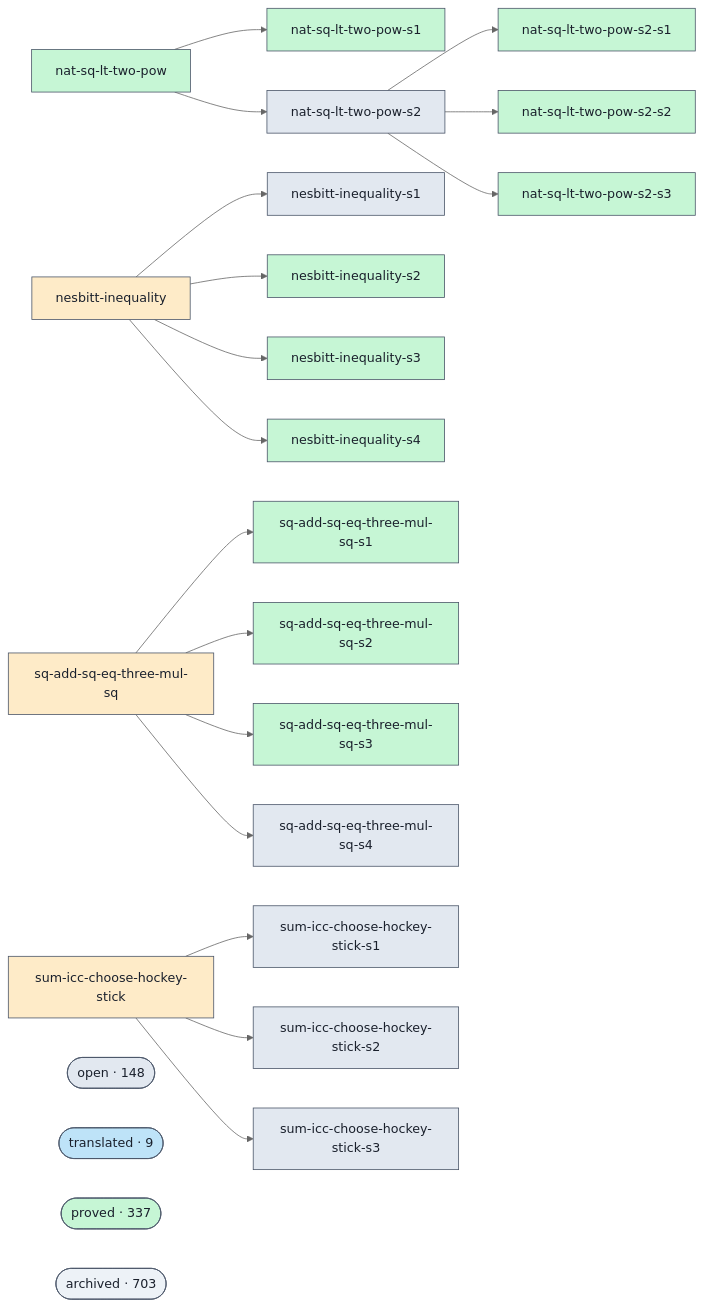
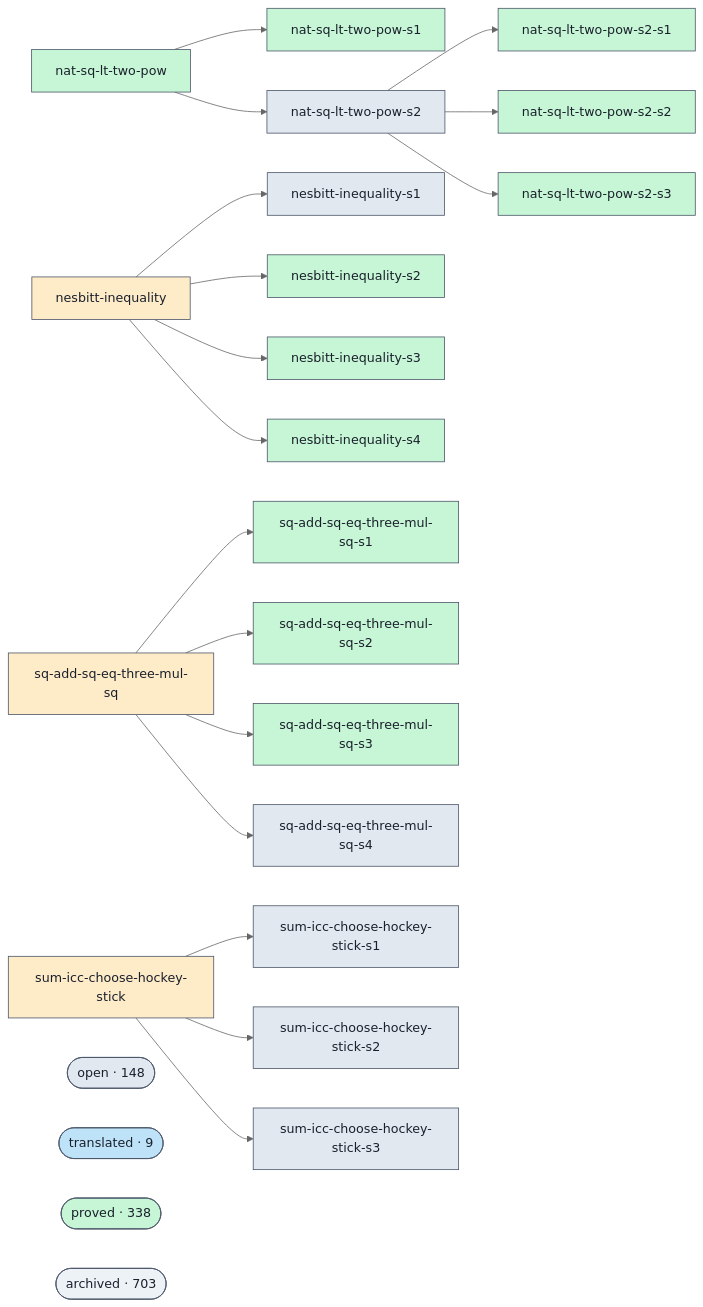
The diagram in docs/proofs-contributors-visualisation.md (ohdearquant/unsorry), drawn with Mermaid (neutral theme) before and after one commit. The commit also changed other lines of this file and 2 other files, not shown here.

```diff
--- a/docs/proofs-contributors-visualisation.md
+++ b/docs/proofs-contributors-visualisation.md
@@ -102,7 +102,7 @@
   class cluster_open open;
   cluster_translated(["translated · 9"])
   class cluster_translated translated;
-  cluster_proved(["proved · 337"])
+  cluster_proved(["proved · 338"])
   class cluster_proved proved;
   cluster_archived(["archived · 703"])
   class cluster_archived unknown;
```
